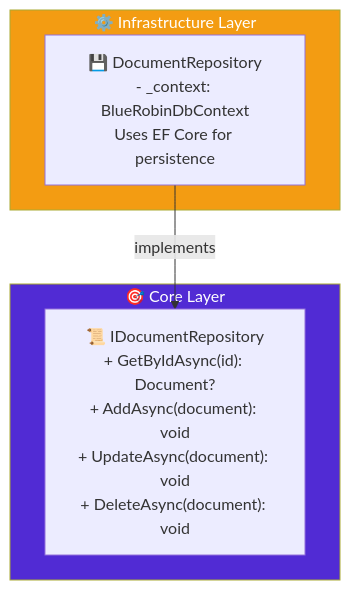
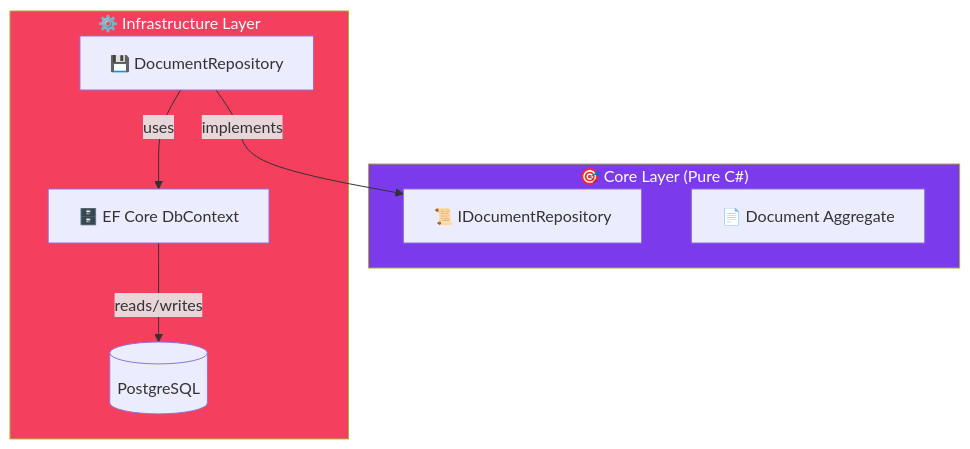
One commit to viktorrobin/bluerobin-blog changed the diagram in src/content/blog/ddd-repository-pattern-efcore.mdx. Above: the diagram before and after it, drawn with Mermaid. The commit also changed other lines of this file and 127 other files, not shown here.

````diff
--- a/src/content/blog/ddd-repository-pattern-efcore.mdx
+++ b/src/content/blog/ddd-repository-pattern-efcore.mdx
@@ -29,15 +36,25 @@
 ```mermaid
 flowchart TB
-    subgraph Core["🎯 Core Layer"]
-        Interface["📜 IDocumentRepository<br/>+ GetByIdAsync(id): Document?<br/>+ AddAsync(document): void<br/>+ UpdateAsync(document): void<br/>+ DeleteAsync(document): void"]
+    subgraph Core["🎯 Core Layer (Pure C#)"]
+        Interface["📜 IDocumentRepository"]
+        Agg["📄 Document Aggregate"]
     end
 
-    subgraph Infrastructure["⚙️ Infrastructure Layer"]
-        Impl["💾 DocumentRepository<br/>- _context: BlueRobinDbContext<br/>Uses EF Core for persistence"]
+    subgraph Infra["⚙️ Infrastructure Layer"]
+        Impl["💾 DocumentRepository"]
+        EF["🗄️ EF Core DbContext"]
+        DB[("PostgreSQL")]
     end
 
-    Impl -->|implements| Interface
+    Impl -- implements --> Interface
+    Impl -- uses --> EF
+    EF -- reads/writes --> DB
+    
+    classDef primary fill:#7c3aed,color:#fff
+    classDef secondary fill:#06b6d4,color:#fff
+    classDef db fill:#f43f5e,color:#fff
+    classDef warning fill:#fbbf24,color:#000
 
-    style Core fill:#512bd4,color:#fff
-    style Infrastructure fill:#f39c12,color:#fff
+    class Core primary
+    class Infra db
 ```
````
